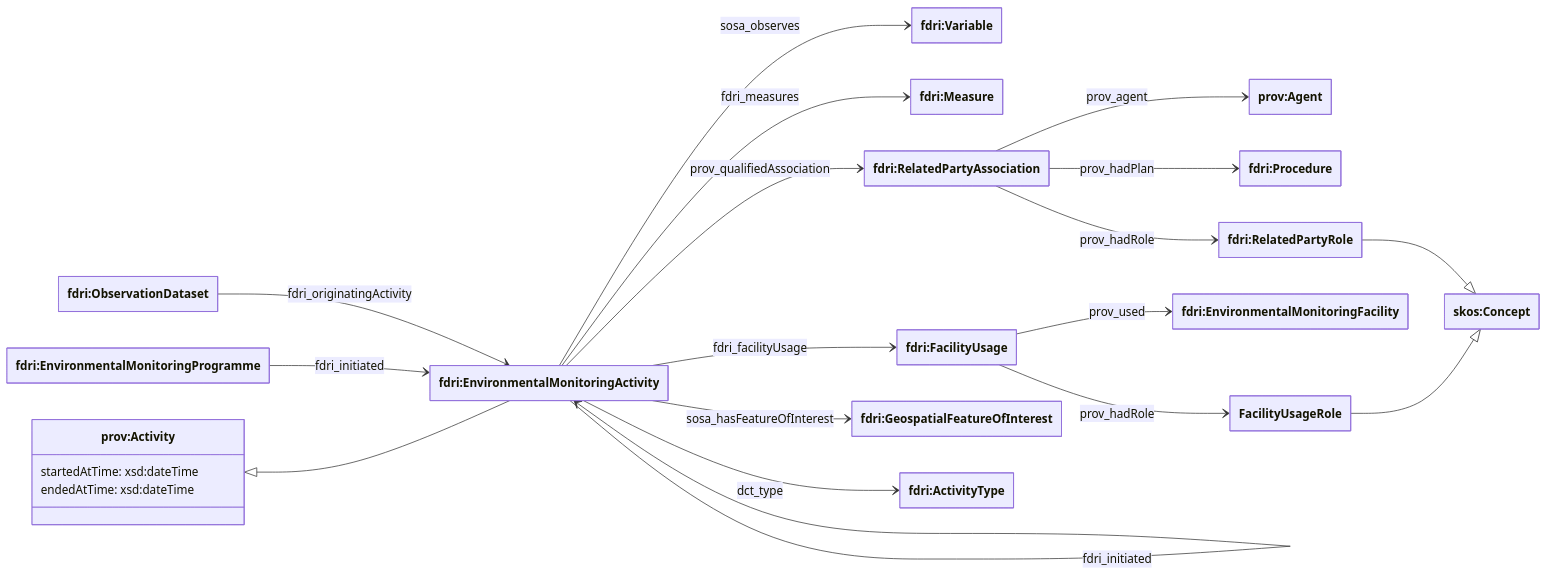
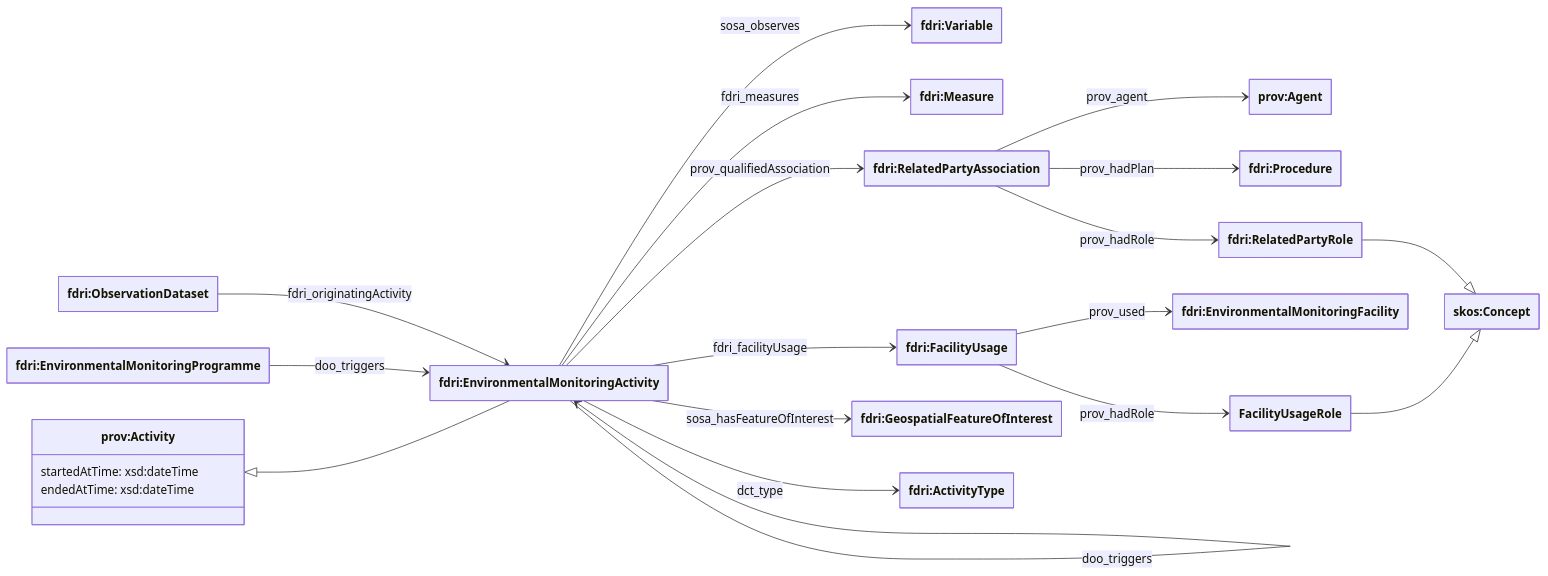
Before and after one commit to NERC-CEH/fdri-ontology: the first of 7 diagrams in doc/em-activities.md, drawn with Mermaid. The commit also changed 1 other file, not shown here.

````diff
--- a/doc/em-activities.md
+++ b/doc/em-activities.md
@@ -28,45 +28,45 @@
 ```mermaid
 ---
 config:
     class:
         hideEmptyMembersBox: true
 ---
 classDiagram
   direction LR
 class Activity["prov:Activity"] {
   startedAtTime: xsd:dateTime
   endedAtTime: xsd:dateTime
 }
 class EMActivity["fdri:EnvironmentalMonitoringActivity"]
 class EMProgramme["fdri:EnvironmentalMonitoringProgramme"]
 class ObservationDataset["fdri:ObservationDataset"]
 class Agent["prov:Agent"]
 class Variable["fdri:Variable"]
 class Measure["fdri:Measure"]
 class Association["fdri:RelatedPartyAssociation"]
 class Concept["skos:Concept"]
 class FacilityUsage["fdri:FacilityUsage"]
 class FoI["fdri:GeospatialFeatureOfInterest"]
 class ActivityType["fdri:ActivityType"]
 class Procedure["fdri:Procedure"]
 class RelatedPartyRole["fdri:RelatedPartyRole"]
 class EMFacility["fdri:EnvironmentalMonitoringFacility"]
 
 Activity <|-- EMActivity
-EMActivity --> EMActivity: fdri_initiated
+EMActivity --> EMActivity: doo_triggers
 EMActivity --> ActivityType: dct_type
-EMProgramme --> EMActivity: fdri_initiated
+EMProgramme --> EMActivity: doo_triggers
 ObservationDataset --> EMActivity: fdri_originatingActivity
 EMActivity --> Variable: sosa_observes
 EMActivity --> Measure: fdri_measures
 EMActivity --> FoI: sosa_hasFeatureOfInterest
 EMActivity --> Association: prov_qualifiedAssociation
 Association --> Agent: prov_agent
 Association --> Procedure: prov_hadPlan
 Association --> RelatedPartyRole: prov_hadRole
 EMActivity --> FacilityUsage: fdri_facilityUsage
 FacilityUsage --> EMFacility: prov_used
 FacilityUsage --> FacilityUsageRole: prov_hadRole
 FacilityUsageRole --|> Concept
 RelatedPartyRole --|> Concept
 ```
````
